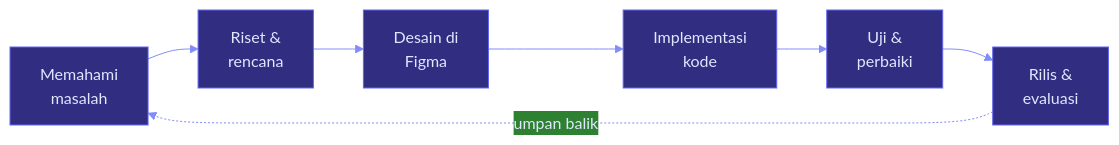
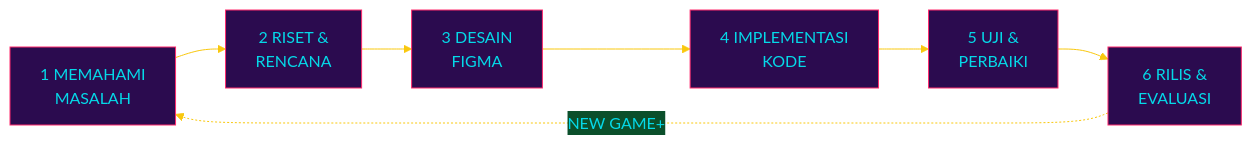
The second of 3 diagrams in README.md (F1H444/F1H444), drawn with Mermaid before and after one commit. The commit also changed other lines of this file, not shown here.

````diff
--- a/README.md
+++ b/README.md
@@ -588,10 +390,10 @@
 ```mermaid
-%%{init: {'theme':'base','themeVariables':{'primaryColor':'#312E81','primaryTextColor':'#E0E7FF','primaryBorderColor':'#6366F1','lineColor':'#818CF8','fontFamily':'monospace'}}}%%
+%%{init: {'theme':'base','themeVariables':{'primaryColor':'#2B0B4F','primaryTextColor':'#05D9E8','primaryBorderColor':'#FF2A6D','lineColor':'#F9C80E','fontFamily':'monospace'}}}%%
 flowchart LR
-    A[Memahami<br/>masalah] --> B[Riset &<br/>rencana]
-    B --> C[Desain di<br/>Figma]
-    C --> D[Implementasi<br/>kode]
-    D --> E[Uji &<br/>perbaiki]
-    E --> F[Rilis &<br/>evaluasi]
-    F -.umpan balik.-> A
+    A[1 MEMAHAMI<br/>MASALAH] --> B[2 RISET &<br/>RENCANA]
+    B --> C[3 DESAIN<br/>FIGMA]
+    C --> D[4 IMPLEMENTASI<br/>KODE]
+    D --> E[5 UJI &<br/>PERBAIKI]
+    E --> F[6 RILIS &<br/>EVALUASI]
+    F -.NEW GAME+.-> A
 ```
````
